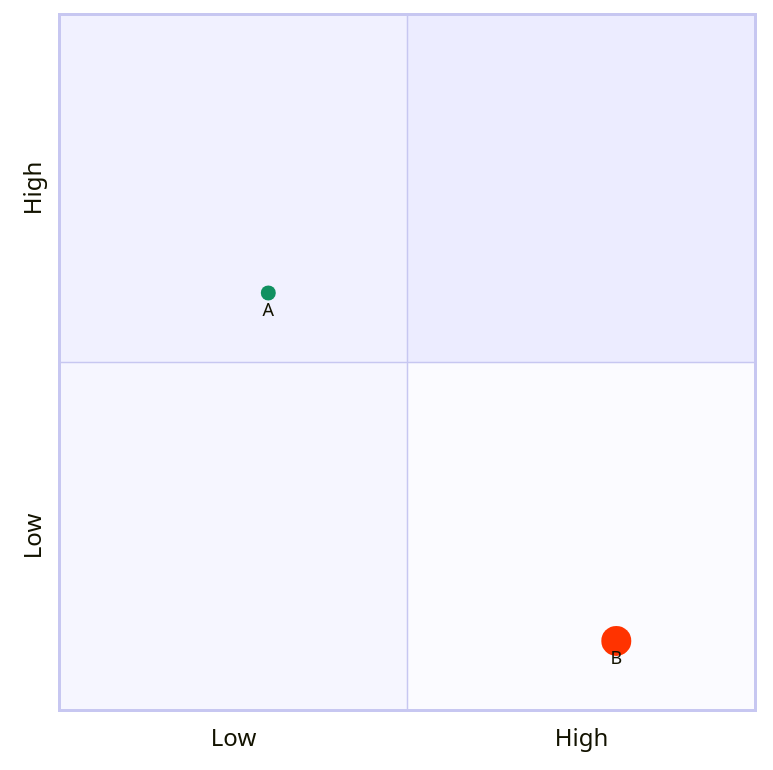
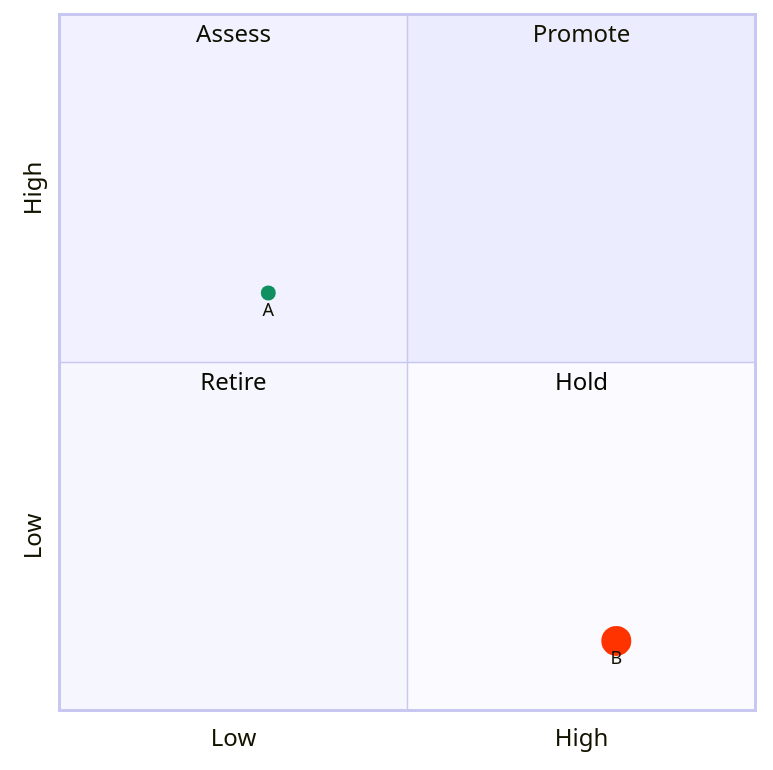
One commit to bsamiee/Rasm changed the sixth of 21 diagrams in .claude/skills/mermaid-diagramming/references/syntax-extended.md. Above: the diagram before and after it, drawn with Mermaid. The commit also changed other lines of this file and 38 other files, not shown here.

````diff
--- a/.claude/skills/mermaid-diagramming/references/syntax-extended.md
+++ b/.claude/skills/mermaid-diagramming/references/syntax-extended.md
@@ -101,8 +112,12 @@
 ```mermaid
 quadrantChart
   x-axis Low --> High
   y-axis Low --> High
+  quadrant-1 Promote
+  quadrant-2 Assess
+  quadrant-3 Retire
+  quadrant-4 Hold
   A:::c1: [0.3, 0.6]
   B: [0.8, 0.1] color: #ff3300, radius: 10
   classDef c1 color: #109060
 ```
````
